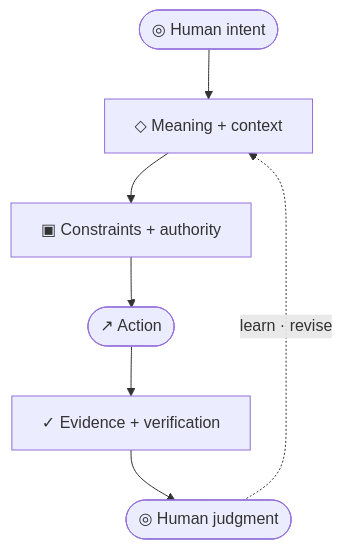
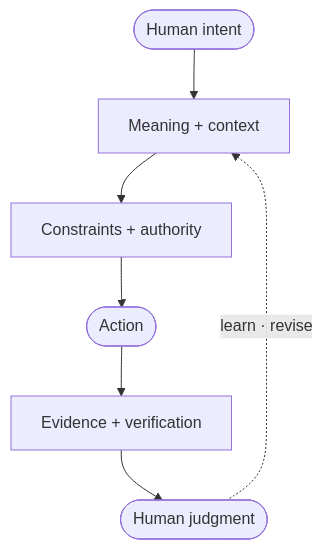
One commit to zachshallbetter/zachshallbetter changed the diagram in README.md. Above: the diagram before and after it, drawn with Mermaid.

Commit message:
Unify diagram node styling and feedback label

````diff
--- a/README.md
+++ b/README.md
@@ -19,9 +19,9 @@
 ```mermaid
 flowchart TB
-    H(["◎  Human intent"]) --> M["◇  Meaning + context"]
-    M --> G["▣  Constraints + authority"]
-    G --> A(["↗  Action"])
-    A --> V["✓  Evidence + verification"]
-    V --> U(["◎  Human judgment"])
-    U -. "learn · revise" .-> M
+    H(["Human intent"]) --> M["Meaning + context"]
+    M --> G["Constraints + authority"]
+    G --> A(["Action"])
+    A --> V["Evidence + verification"]
+    V --> U(["Human judgment"])
+    U -. "  learn · revise  " .-> M
 ```
````
